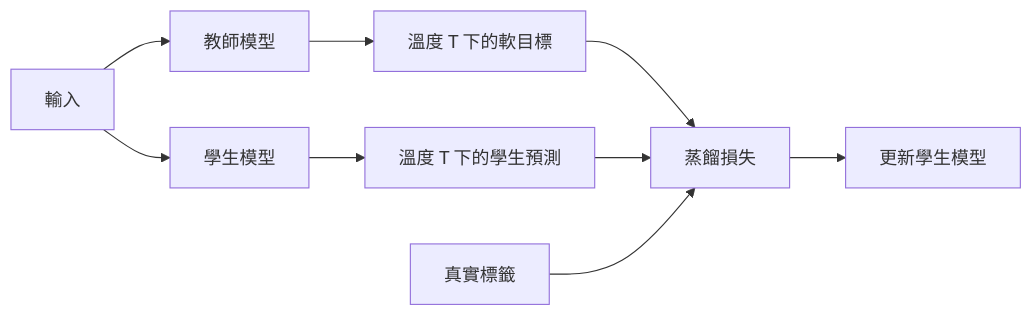
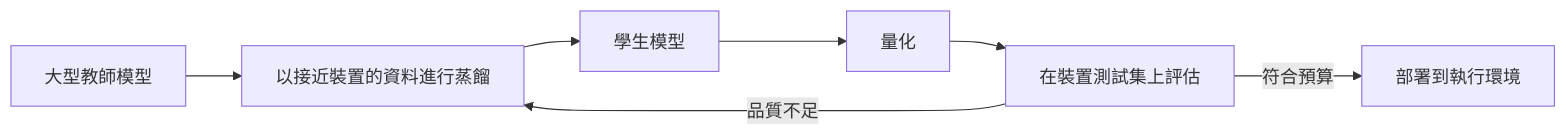
Before and after one commit to zi-yue-1129/ai-wiki: the diagram in docs/engineering/on-device-edge/knowledge-distillation.zh-TW.md, drawn with Mermaid. The commit also changed other lines of this file and 6 other files, not shown here.

````diff
--- a/docs/engineering/on-device-edge/knowledge-distillation.zh-TW.md
+++ b/docs/engineering/on-device-edge/knowledge-distillation.zh-TW.md
@@ -28,11 +30,9 @@
 ```mermaid
 flowchart LR
-  X[輸入] --> TE[教師模型]
-  X --> ST[學生模型]
-  TE --> SO[溫度 T 下的軟目標]
-  ST --> SP[溫度 T 下的學生預測]
-  SO --> L[蒸餾損失]
-  SP --> L
-  Y[真實標籤] --> L
-  L --> U[更新學生模型]
+  T[大型教師模型] --> D[以接近裝置的資料進行蒸餾]
+  D --> S[學生模型]
+  S --> Q[量化]
+  Q --> E[在裝置測試集上評估]
+  E -->|品質不足| D
+  E -->|符合預算| R[部署到執行環境]
 ```
````
